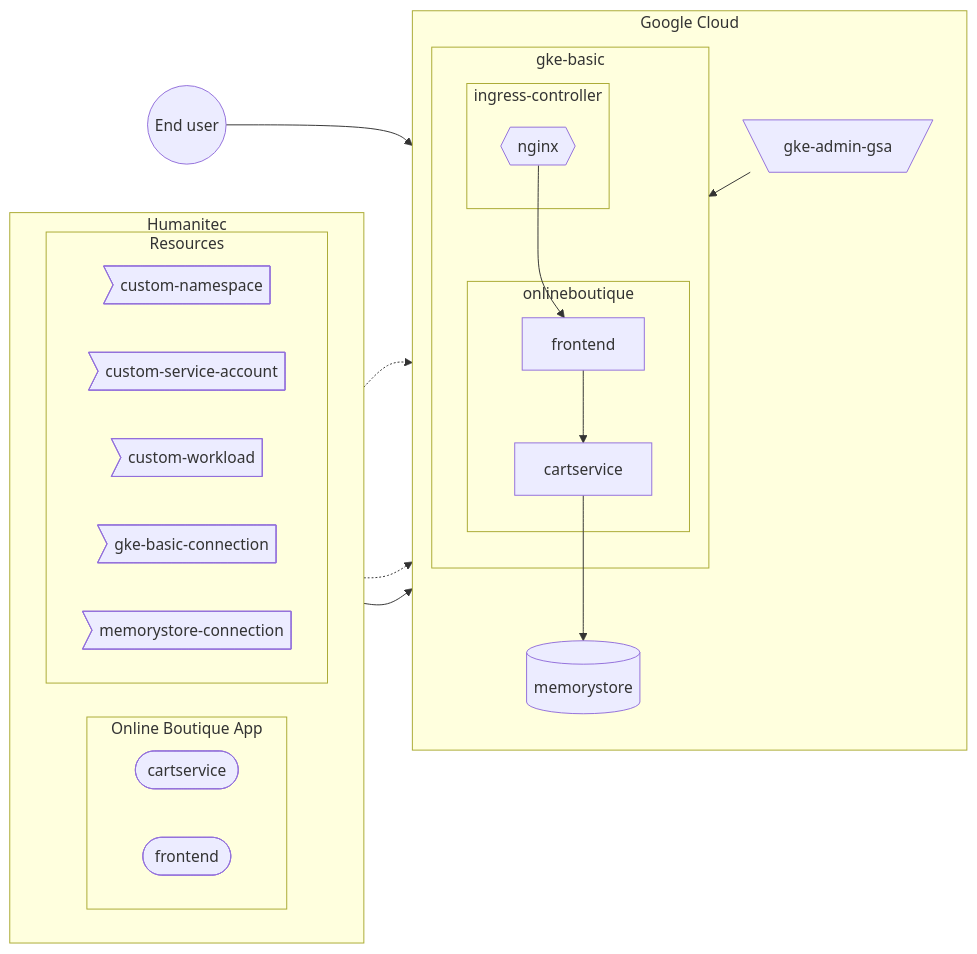
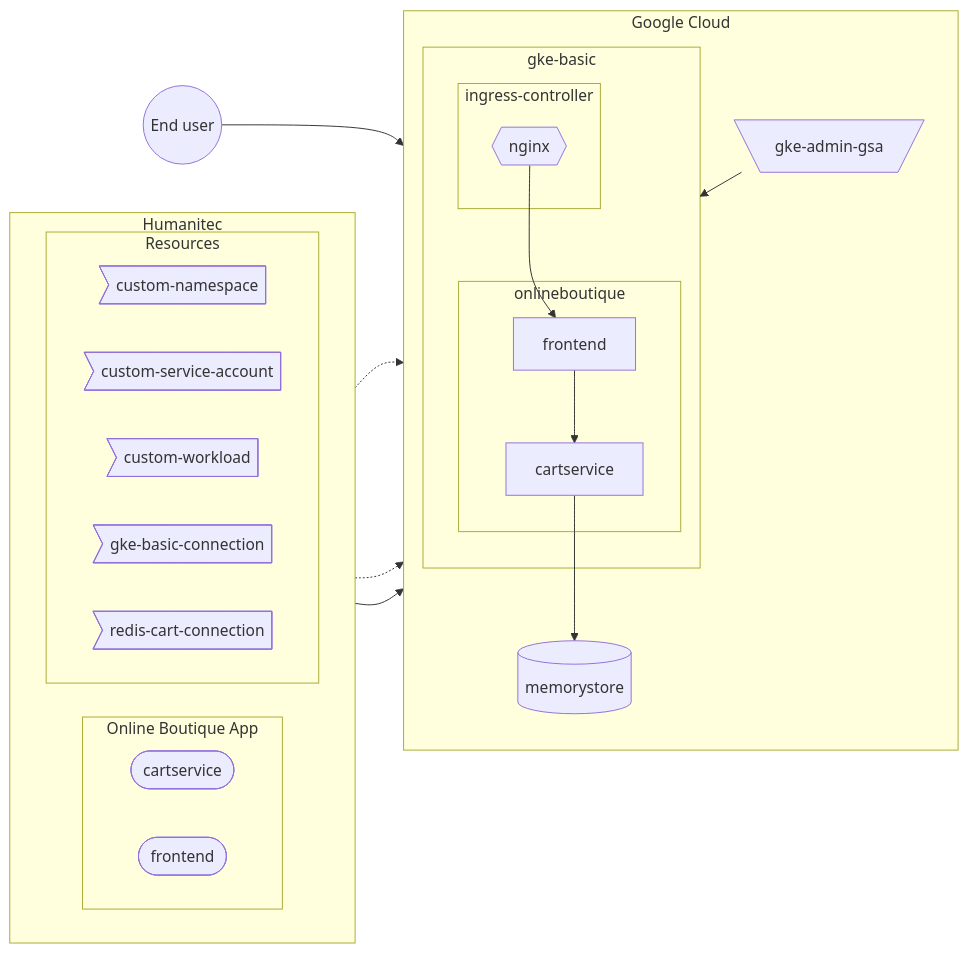
One commit to mathieu-benoit/hello-humanitec changed the diagram in docs/gke-basic.md. Above: the diagram before and after it, drawn with Mermaid. The commit also changed 2 other files, not shown here.

Commit message:
redis-cart-connection in graphs

````diff
--- a/docs/gke-basic.md
+++ b/docs/gke-basic.md
@@ -15,37 +15,37 @@
 ```mermaid
 flowchart LR
   subgraph Humanitec
     direction LR
     subgraph onlineboutique-app [Online Boutique App]
       direction LR
       cartservice-workload([cartservice])
       frontend-workload([frontend])
     end
     subgraph Resources
         custom-namespace>custom-namespace]
         custom-service-account>custom-service-account]
         custom-workload>custom-workload]
         gke-basic-connection>gke-basic-connection]
-        memorystore-connection>memorystore-connection]
+        redis-cart-connection>redis-cart-connection]
     end
   end
   subgraph Google Cloud
     direction TB
     subgraph gke-basic
         subgraph ingress-controller
             nginx{{nginx}}
         end
         subgraph onlineboutique
             frontend-->cartservice
         end
         nginx-->frontend
     end
     gke-admin-gsa[\gke-admin-gsa/]
     gke-basic-connection-.->gke-admin-gsa
     gke-admin-gsa-->gke-basic
-    memorystore-connection-.->memorystore[(memorystore)]
+    redis-cart-connection-.->memorystore[(memorystore)]
     onlineboutique-app-->onlineboutique
     cartservice-->memorystore
   end
   enduser((End user))-->nginx
 ```
````
